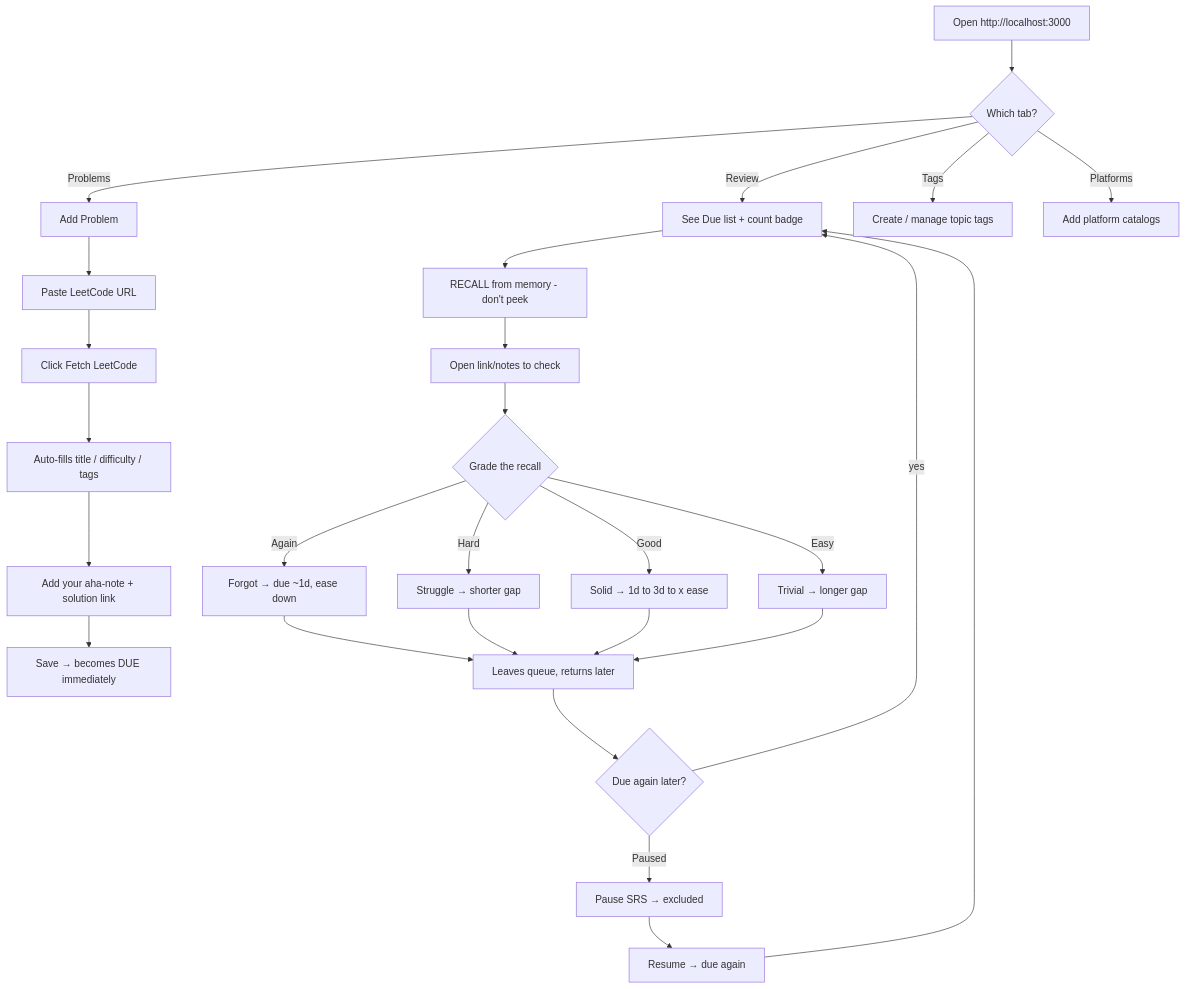
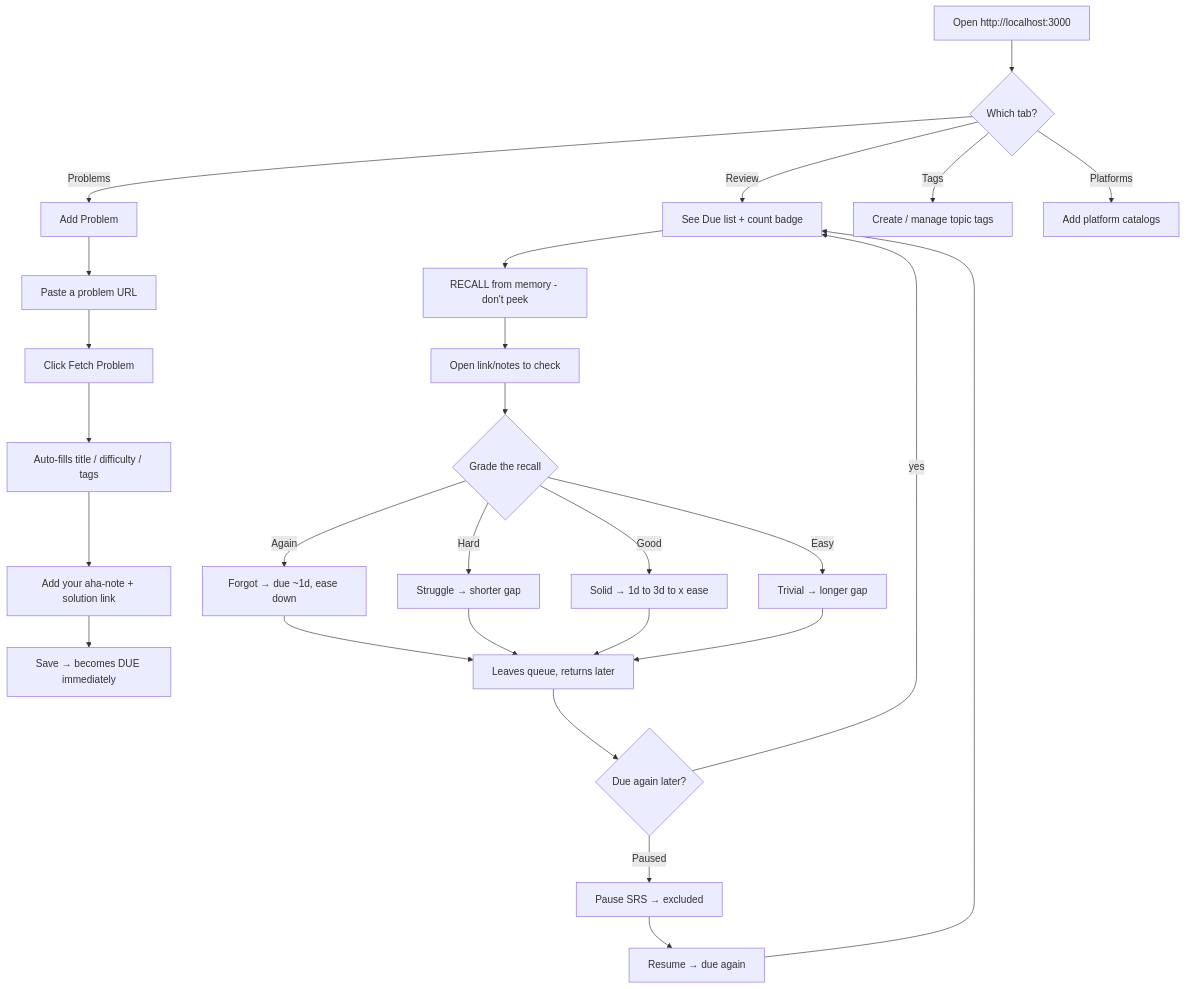
Before and after one commit to ctxnn/goatcode: the diagram in README.md, drawn with Mermaid. The commit also changed other lines of this file and 1 other file, not shown here.

````diff
--- a/README.md
+++ b/README.md
@@ -51,33 +51,33 @@
 ```mermaid
 flowchart TD
     A[Open http://localhost:3000] --> B{Which tab?}
 
     B -->|Problems| C[Add Problem]
-    C --> D[Paste LeetCode URL]
-    D --> E[Click Fetch LeetCode]
+    C --> D[Paste a problem URL]
+    D --> E[Click Fetch Problem]
     E --> F[Auto-fills title / difficulty / tags]
     F --> G[Add your aha-note + solution link]
     G --> H[Save → becomes DUE immediately]
 
     B -->|Review| I[See Due list + count badge]
     I --> J[RECALL from memory - don't peek]
     J --> K[Open link/notes to check]
     K --> L{Grade the recall}
     L -->|Again| M[Forgot → due ~1d, ease down]
     L -->|Hard| N[Struggle → shorter gap]
     L -->|Good| O[Solid → 1d to 3d to x ease]
     L -->|Easy| P[Trivial → longer gap]
     M --> Q[Leaves queue, returns later]
     N --> Q
     O --> Q
     P --> Q
 
     Q --> R{Due again later?}
     R -->|yes| I
     R -->|Paused| S[Pause SRS → excluded]
     S --> T[Resume → due again]
     T --> I
 
     B -->|Tags| U[Create / manage topic tags]
     B -->|Platforms| V[Add platform catalogs]
 ```
````
